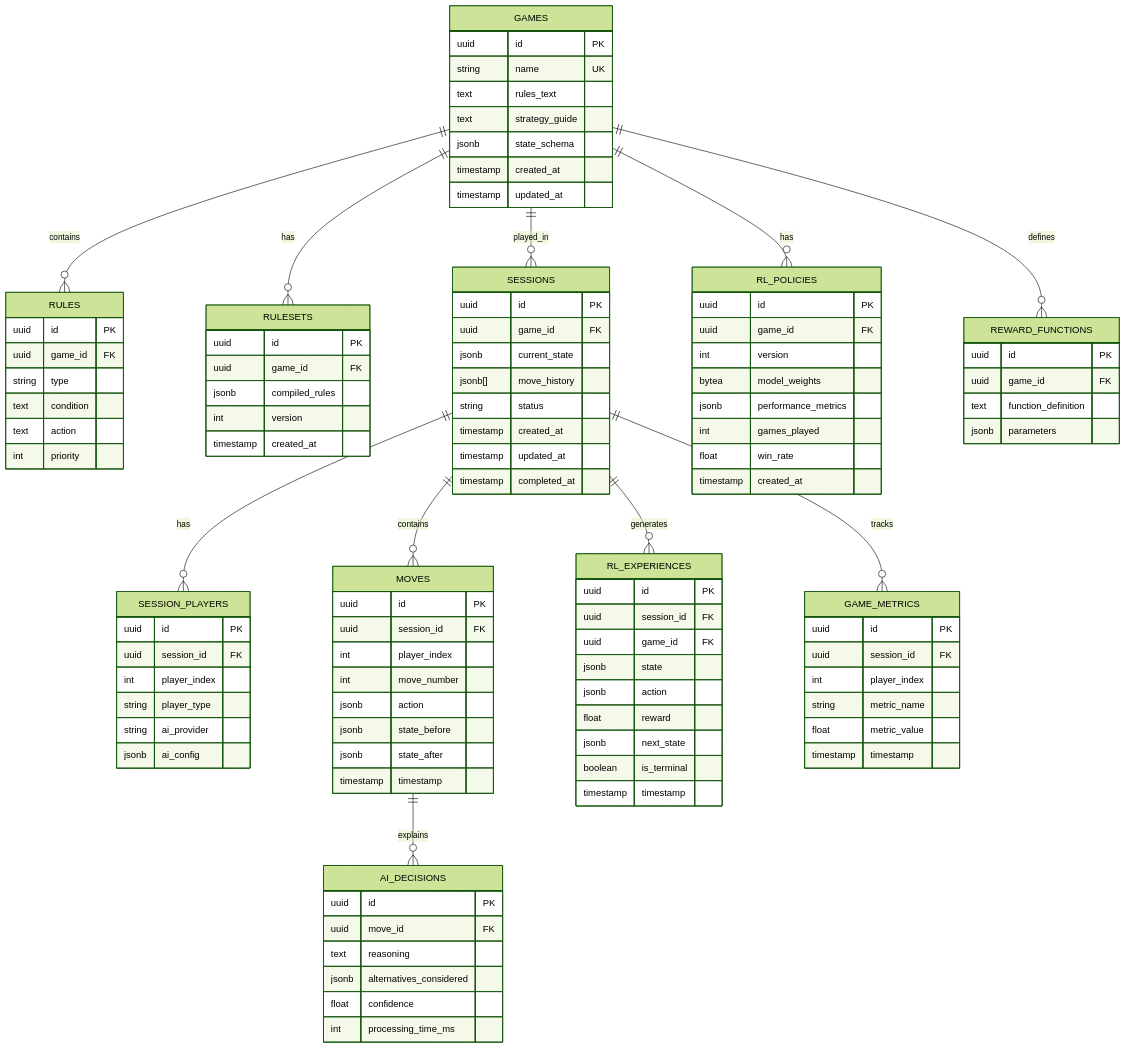
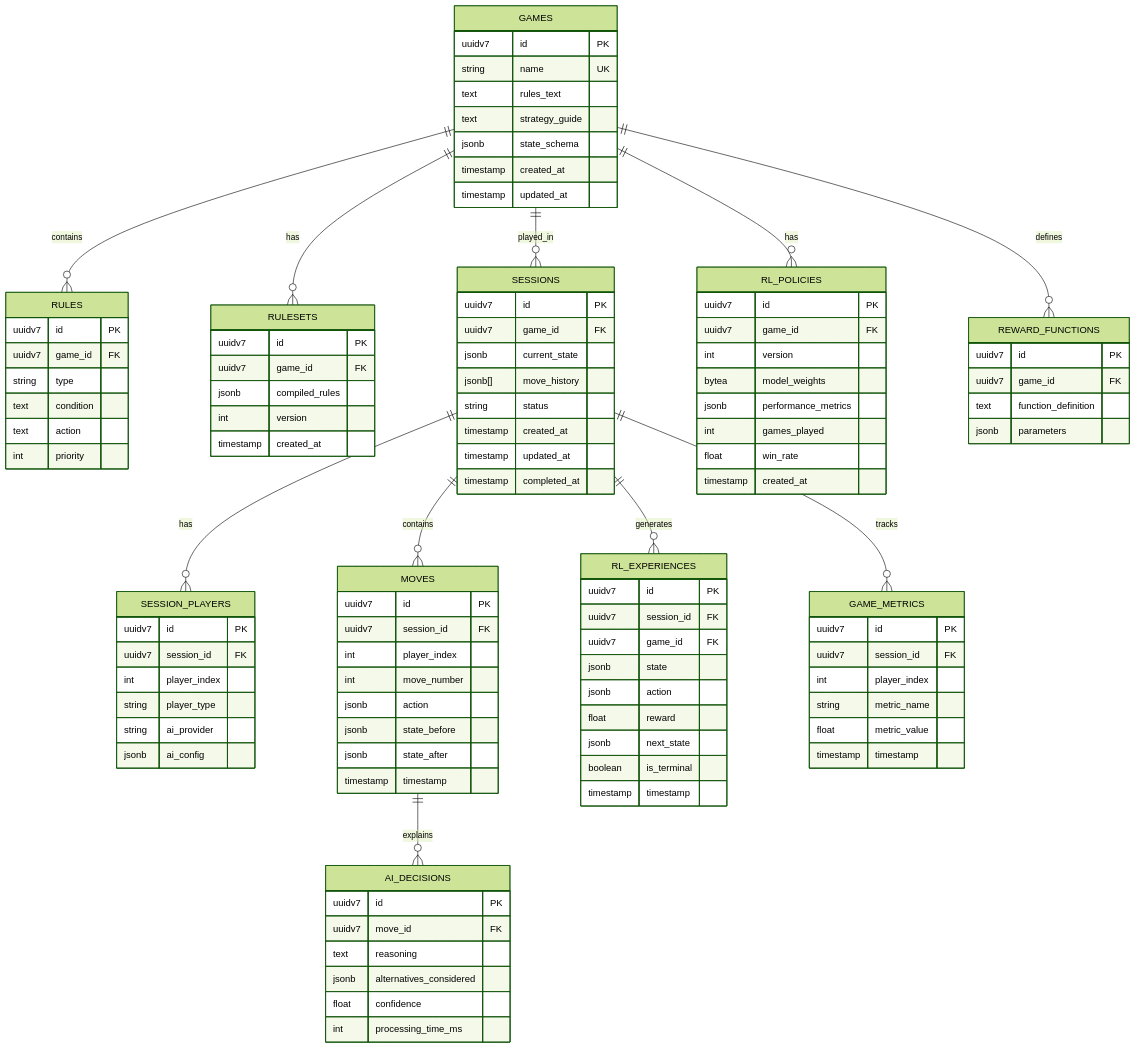
The seventh of 27 diagrams in docs/ARCHITECTURE.md (mcraigtyler/RAWley), drawn with Mermaid (forest theme) before and after one commit. The commit also changed other lines of this file and 9 other files, not shown here.

```diff
--- a/docs/ARCHITECTURE.md
+++ b/docs/ARCHITECTURE.md
@@ -340,7 +342,7 @@
     MOVES ||--o{ AI_DECISIONS : explains
     
     GAMES {
-        uuid id PK
+        uuidv7 id PK
         string name UK
         text rules_text
         text strategy_guide
@@ -350,8 +352,8 @@
     }
     
     RULES {
-        uuid id PK
-        uuid game_id FK
+        uuidv7 id PK
+        uuidv7 game_id FK
         string type
         text condition
         text action
@@ -359,16 +361,16 @@
     }
     
     RULESETS {
-        uuid id PK
-        uuid game_id FK
+        uuidv7 id PK
+        uuidv7 game_id FK
         jsonb compiled_rules
         int version
         timestamp created_at
     }
     
     SESSIONS {
-        uuid id PK
-        uuid game_id FK
+        uuidv7 id PK
+        uuidv7 game_id FK
         jsonb current_state
         jsonb[] move_history
         string status
@@ -378,8 +380,8 @@
     }
     
     SESSION_PLAYERS {
-        uuid id PK
-        uuid session_id FK
+        uuidv7 id PK
+        uuidv7 session_id FK
         int player_index
         string player_type
         string ai_provider
@@ -387,8 +389,8 @@
     }
     
     MOVES {
-        uuid id PK
-        uuid session_id FK
+        uuidv7 id PK
+        uuidv7 session_id FK
         int player_index
         int move_number
         jsonb action
@@ -398,9 +400,9 @@
     }
     
     RL_EXPERIENCES {
-        uuid id PK
-        uuid session_id FK
-        uuid game_id FK
+        uuidv7 id PK
+        uuidv7 session_id FK
+        uuidv7 game_id FK
         jsonb state
         jsonb action
         float reward
@@ -410,8 +412,8 @@
     }
     
     RL_POLICIES {
-        uuid id PK
-        uuid game_id FK
+        uuidv7 id PK
+        uuidv7 game_id FK
         int version
         bytea model_weights
         jsonb performance_metrics
@@ -421,15 +423,15 @@
     }
     
     REWARD_FUNCTIONS {
-        uuid id PK
-        uuid game_id FK
+        uuidv7 id PK
+        uuidv7 game_id FK
         text function_definition
         jsonb parameters
     }
     
     GAME_METRICS {
-        uuid id PK
-        uuid session_id FK
+        uuidv7 id PK
+        uuidv7 session_id FK
         int player_index
         string metric_name
         float metric_value
@@ -437,8 +439,8 @@
     }
     
     AI_DECISIONS {
-        uuid id PK
-        uuid move_id FK
+        uuidv7 id PK
+        uuidv7 move_id FK
         text reasoning
         jsonb alternatives_considered
         float confidence
```
